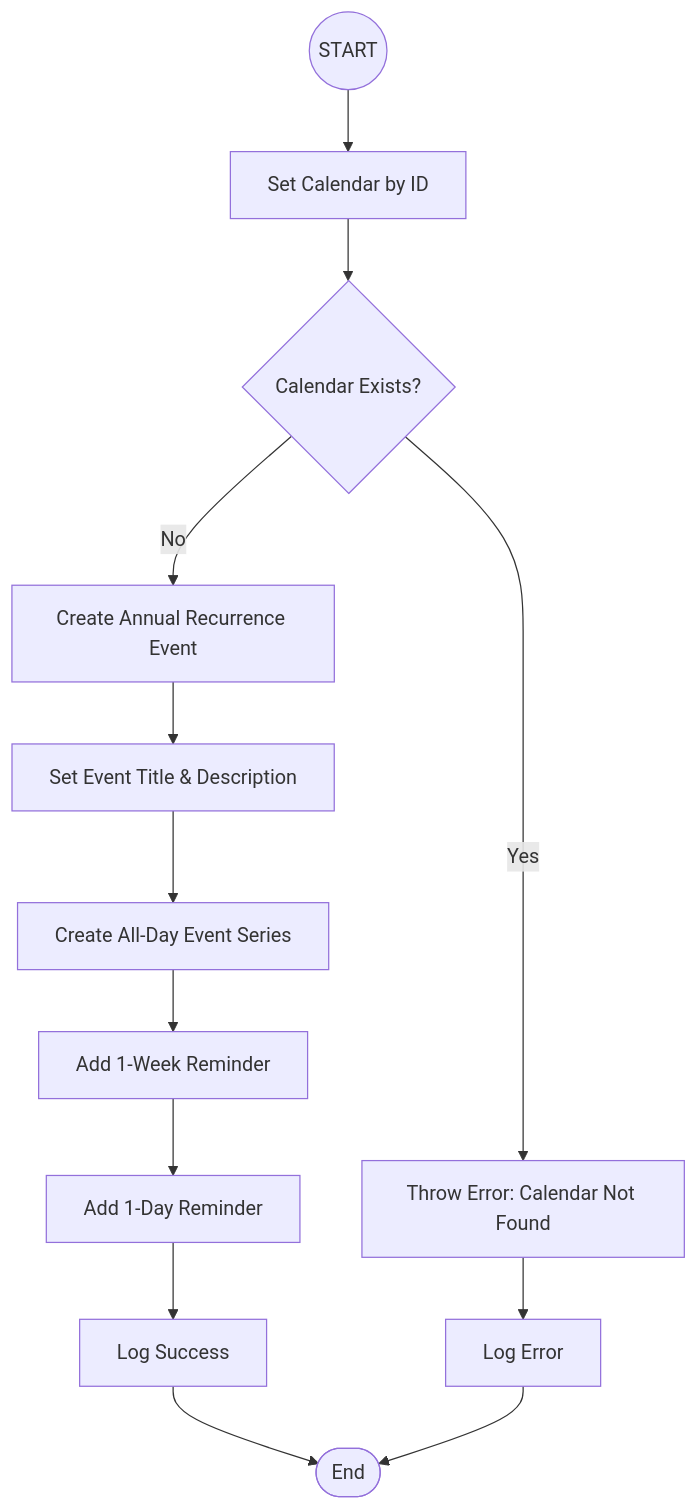
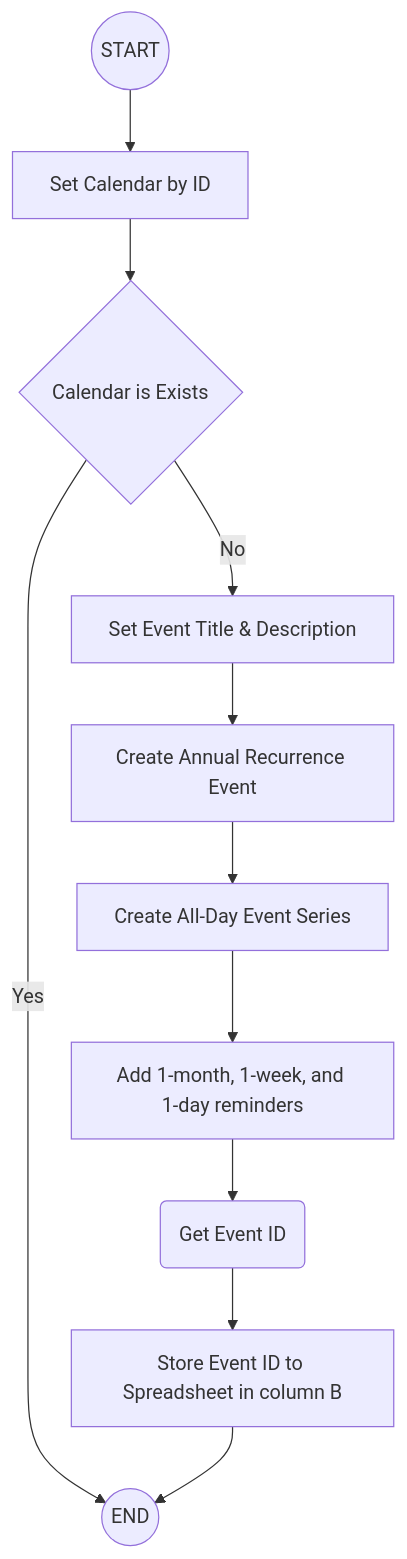
Before and after one commit to ijosh-ch/church-member-management: the fifth of 6 diagrams in README.md, drawn with Mermaid. The commit also changed other lines of this file, not shown here.

Commit message:
📊 Add comprehensive workflow diagrams and system documentation

````diff
--- a/README.md
+++ b/README.md
@@ -209,19 +135,16 @@
 ```mermaid
 flowchart TD
     START((START)) --> CalendarID[Set Calendar by ID]
-    CalendarID --> CheckCalendar{Calendar Exists?}
+    CalendarID --> CheckCalendar{Calendar is Exists}
     
-    CheckCalendar -->|No| RepeatAnnually[Create Annual Recurrence Event]
-    CheckCalendar -->|Yes| E[Throw Error: Calendar Not Found]
+    CheckCalendar -->|No| setTitle[Set Event Title & Description]
+    CheckCalendar -->|Yes| END
     
-    RepeatAnnually --> F[Set Event Title & Description]
-    F --> G[Create All-Day Event Series]
+    setTitle --> RepeatAnnually[Create Annual Recurrence Event]
+    RepeatAnnually --> setAllDay[Create All-Day Event Series]
     
-    G --> H[Add 1-Week Reminder]
-    H --> I[Add 1-Day Reminder]
-    I --> J[Log Success]
-    
-    E --> K[Log Error]
-    J --> L([End])
-    K --> L
+    setAllDay --> addReminders[Add 1-month, 1-week, and 1-day reminders]
+    addReminders --> getID(Get Event ID)
+    getID --> storeID[Store Event ID to Spreadsheet in column B]
+    storeID --> END((END))
 ```
````
